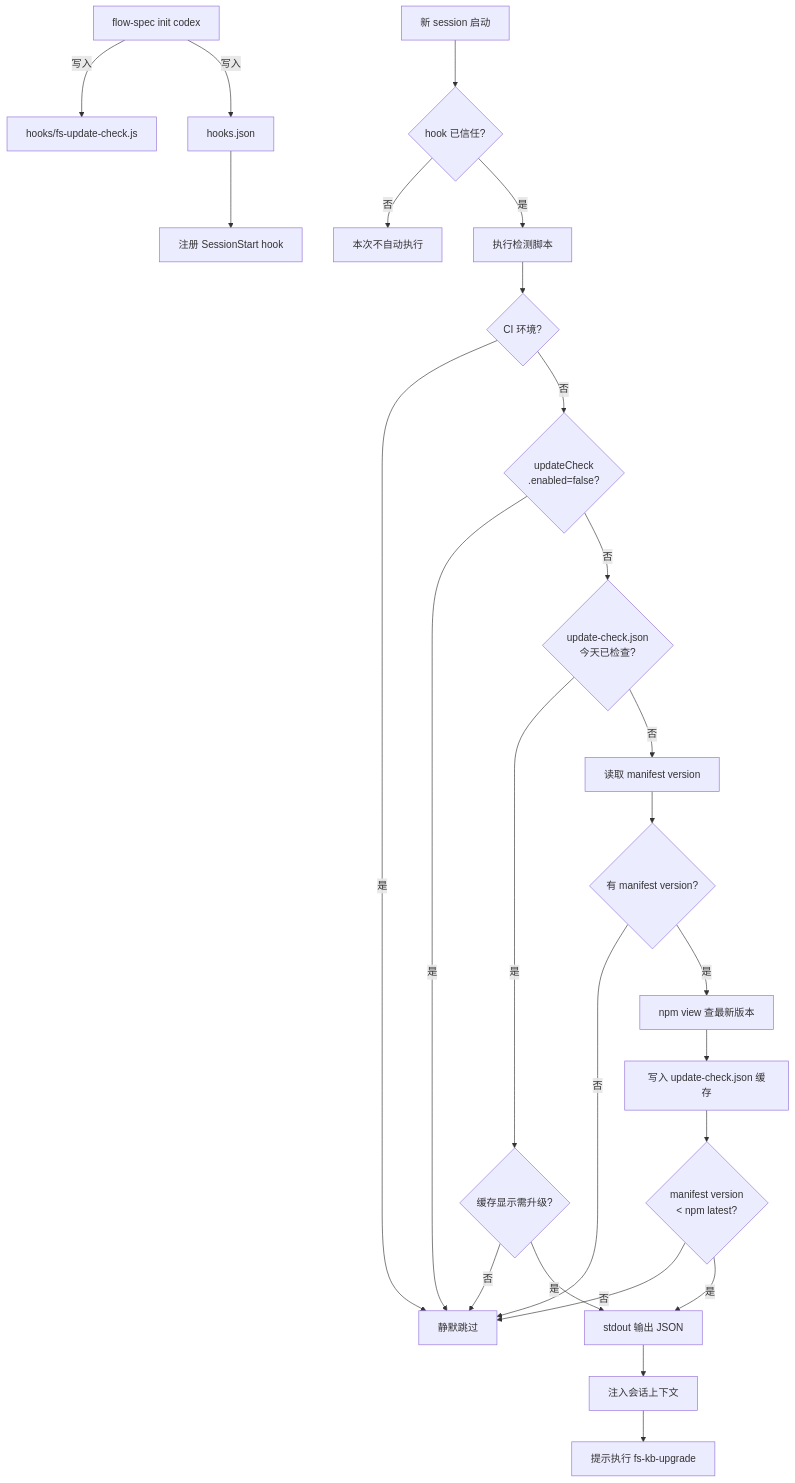
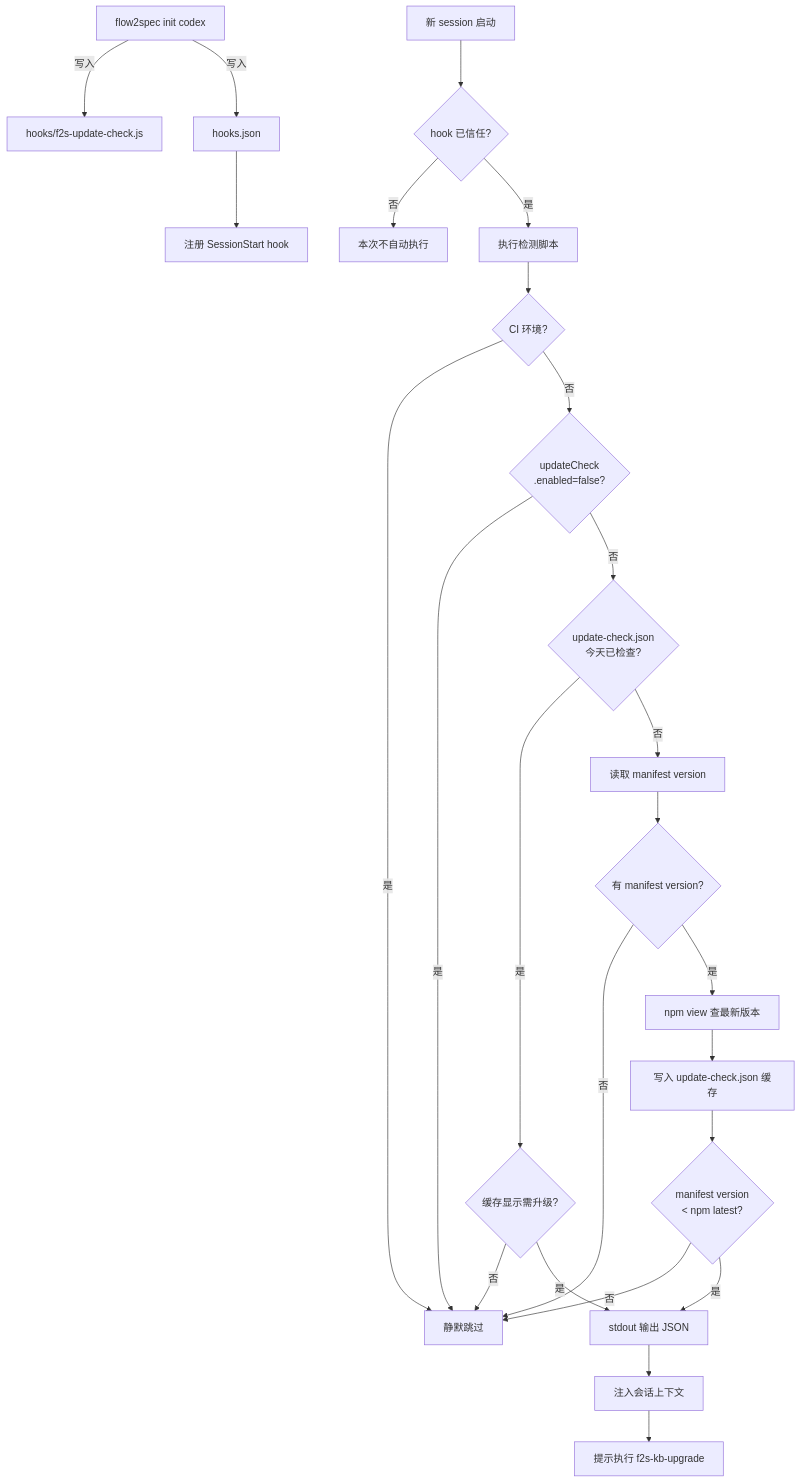
Before and after one commit to double-coding-lab/Flow2Spec: the seventh of 10 diagrams in docs/设计说明.md, drawn with Mermaid. The commit also changed other lines of this file and 27 other files, not shown here.

````diff
--- a/docs/设计说明.md
+++ b/docs/设计说明.md
@@ -338,32 +373,32 @@
 ```mermaid
 graph TD
-    A["flow-spec init codex"] -->|写入| B["hooks/fs-update-check.js"]
+    A["flow2spec init codex"] -->|写入| B["hooks/f2s-update-check.js"]
     A -->|写入| C["hooks.json"]
     C --> D["注册 SessionStart hook"]
 
     G["新 session 启动"] --> H{hook 已信任?}
     H -->|否| H2["本次不自动执行"]
     H -->|是| F["执行检测脚本"]
 
     F --> I{CI 环境?}
     I -->|是| Z["静默跳过"]
     I -->|否| J{"updateCheck\n.enabled=false?"}
     J -->|是| Z
     J -->|否| K{"update-check.json\n今天已检查?"}
 
     K -->|是| K1{缓存显示需升级?}
     K1 -->|否| Z
     K1 -->|是| Q
     K -->|否| L["读取 manifest version"]
 
     L --> M{有 manifest version?}
     M -->|否| Z
     M -->|是| N["npm view 查最新版本"]
     N --> O["写入 update-check.json 缓存"]
     O --> P{"manifest version\n< npm latest?"}
     P -->|否| Z
     P -->|是| Q["stdout 输出 JSON"]
 
     Q --> S["注入会话上下文"]
-    S --> T["提示执行 fs-kb-upgrade"]
+    S --> T["提示执行 f2s-kb-upgrade"]
 ```
````
